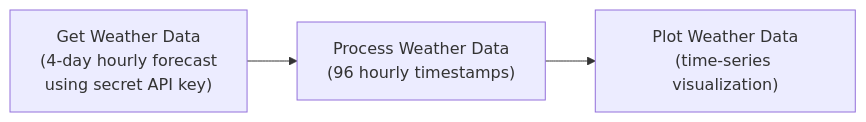
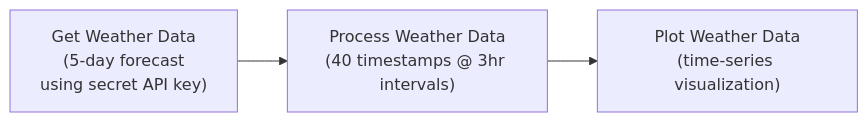
The diagram in faasr-functions/WeatherAPISecrets/README.md (JStover95/FaaSr-Complete), drawn with Mermaid before and after one commit. The commit also changed other lines of this file and 3 other files, not shown here.

Commit message:
Update Weather API Secrets Workflow to fetch 5-day forecast data with 3-hour intervals. Refactor functions and README to reflect changes in API usage, including adjustments to metrics extraction and visualizations. Enhance clarity on API key requirements for the free tier.

````diff
--- a/faasr-functions/WeatherAPISecrets/README.md
+++ b/faasr-functions/WeatherAPISecrets/README.md
@@ -41,9 +41,9 @@
 ```mermaid
 flowchart LR
-  01["Get Weather Data<br/>(4-day hourly forecast<br/>using secret API key)"]
-  02["Process Weather Data<br/>(96 hourly timestamps)"]
+  01["Get Weather Data<br/>(5-day forecast<br/>using secret API key)"]
+  02["Process Weather Data<br/>(40 timestamps @ 3hr intervals)"]
   03["Plot Weather Data<br/>(time-series visualization)"]
 
   01 --> 02
   02 --> 03
 ```
````
